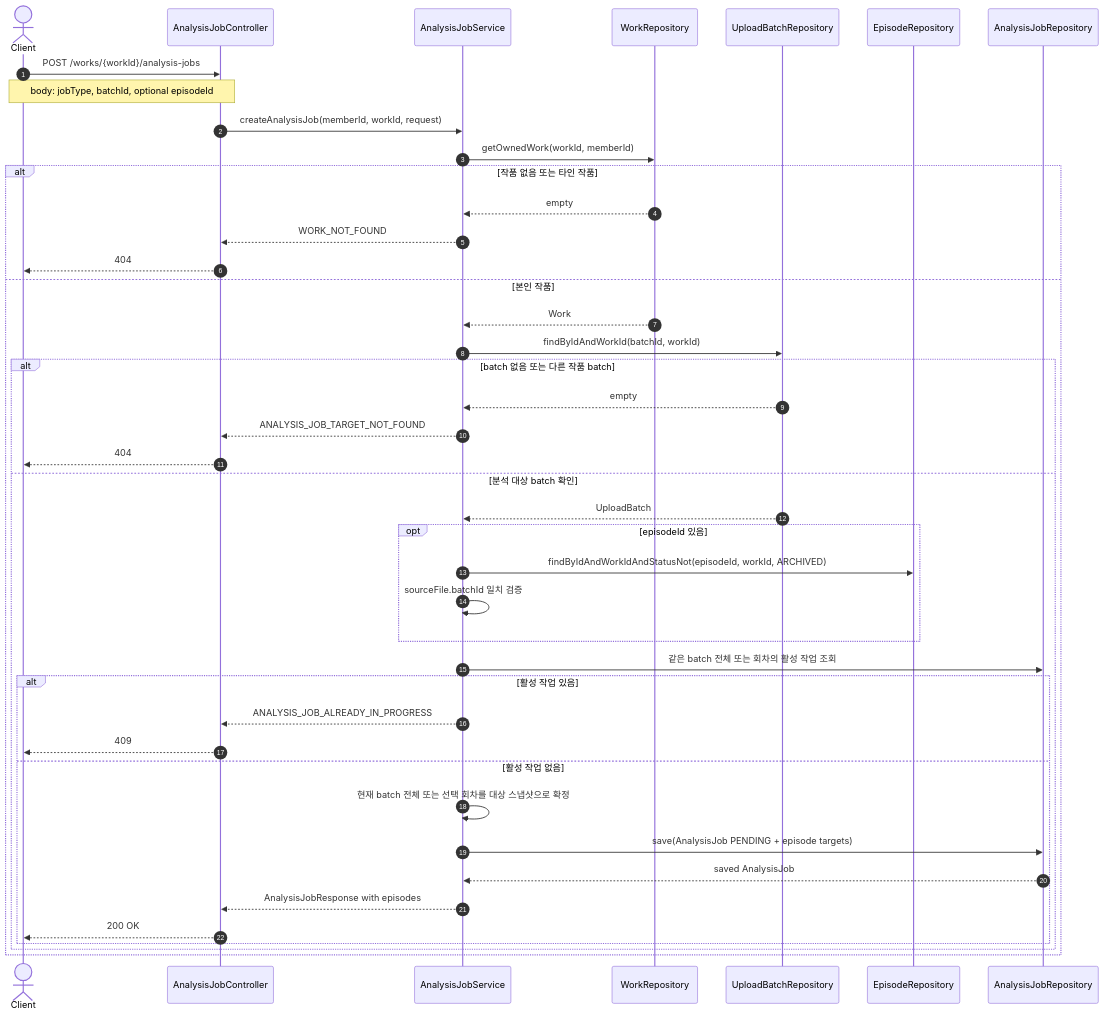
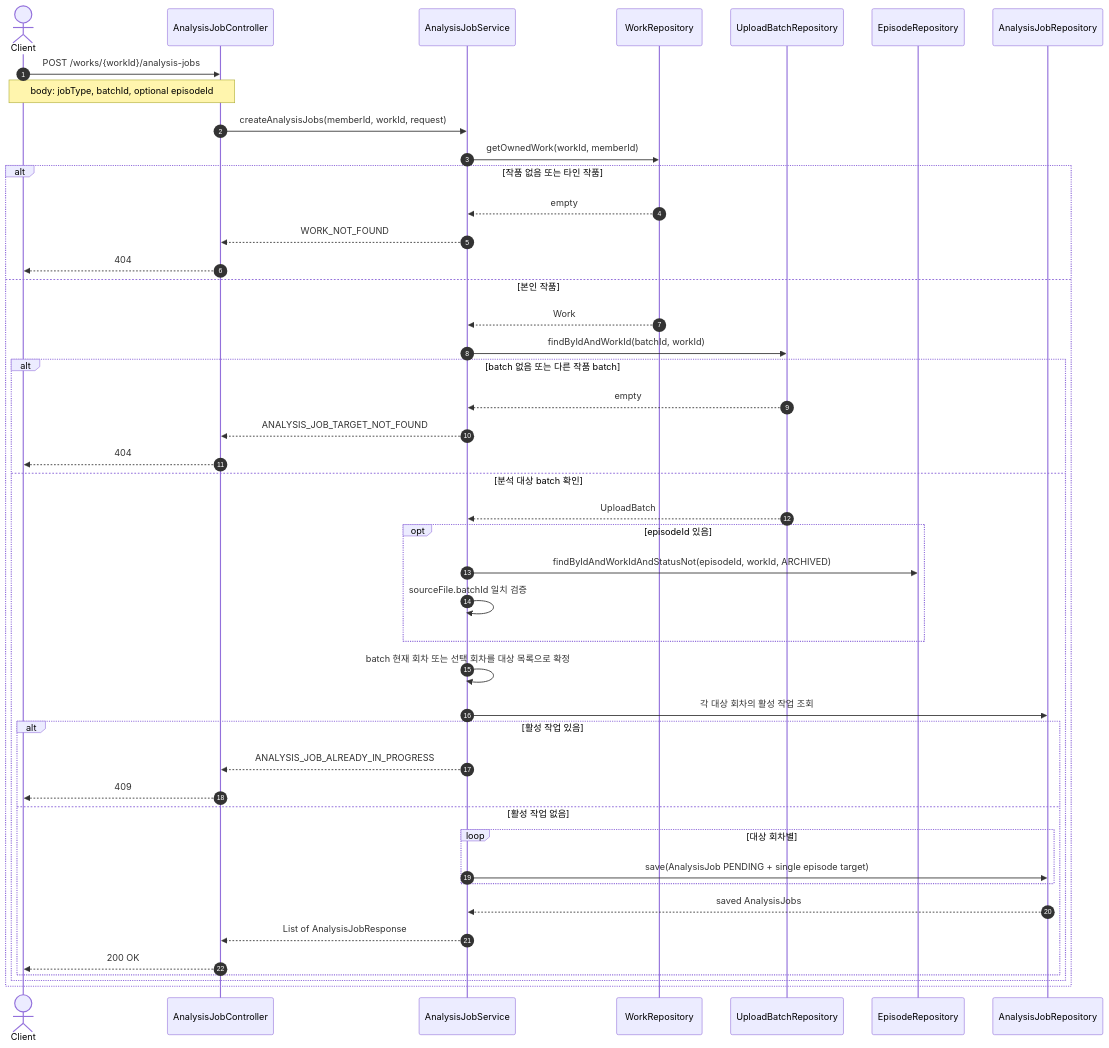
Before and after one commit to catchhole-soma/catchhole-backend-java: the fourth of 10 diagrams in docs/analysis-workflow.md, drawn with Mermaid. The commit also changed other lines of this file and 4 other files, not shown here.

First line of the commit message:
docs(episode): 감지와 회차별 분석 계약을 동기화한다

````diff
--- a/docs/analysis-workflow.md
+++ b/docs/analysis-workflow.md
@@ -108,46 +111,48 @@
 ```mermaid
 sequenceDiagram
     autonumber
     actor Client
     participant Controller as AnalysisJobController
     participant Service as AnalysisJobService
     participant WorkRepo as WorkRepository
     participant BatchRepo as UploadBatchRepository
     participant EpisodeRepo as EpisodeRepository
     participant JobRepo as AnalysisJobRepository
 
     Client->>Controller: POST /works/{workId}/analysis-jobs
     Note over Client,Controller: body: jobType, batchId, optional episodeId
-    Controller->>Service: createAnalysisJob(memberId, workId, request)
+    Controller->>Service: createAnalysisJobs(memberId, workId, request)
     Service->>WorkRepo: getOwnedWork(workId, memberId)
     alt 작품 없음 또는 타인 작품
         WorkRepo-->>Service: empty
         Service-->>Controller: WORK_NOT_FOUND
         Controller-->>Client: 404
     else 본인 작품
         WorkRepo-->>Service: Work
         Service->>BatchRepo: findByIdAndWorkId(batchId, workId)
         alt batch 없음 또는 다른 작품 batch
             BatchRepo-->>Service: empty
             Service-->>Controller: ANALYSIS_JOB_TARGET_NOT_FOUND
             Controller-->>Client: 404
         else 분석 대상 batch 확인
             BatchRepo-->>Service: UploadBatch
             opt episodeId 있음
                 Service->>EpisodeRepo: findByIdAndWorkIdAndStatusNot(episodeId, workId, ARCHIVED)
                 Service->>Service: sourceFile.batchId 일치 검증
             end
-            Service->>JobRepo: 같은 batch 전체 또는 회차의 활성 작업 조회
+            Service->>Service: batch 현재 회차 또는 선택 회차를 대상 목록으로 확정
+            Service->>JobRepo: 각 대상 회차의 활성 작업 조회
             alt 활성 작업 있음
                 Service-->>Controller: ANALYSIS_JOB_ALREADY_IN_PROGRESS
                 Controller-->>Client: 409
             else 활성 작업 없음
-                Service->>Service: 현재 batch 전체 또는 선택 회차를 대상 스냅샷으로 확정
-                Service->>JobRepo: save(AnalysisJob PENDING + episode targets)
-                JobRepo-->>Service: saved AnalysisJob
-                Service-->>Controller: AnalysisJobResponse with episodes
+                loop 대상 회차별
+                    Service->>JobRepo: save(AnalysisJob PENDING + single episode target)
+                end
+                JobRepo-->>Service: saved AnalysisJobs
+                Service-->>Controller: List of AnalysisJobResponse
                 Controller-->>Client: 200 OK
             end
         end
     end
 ```
````
